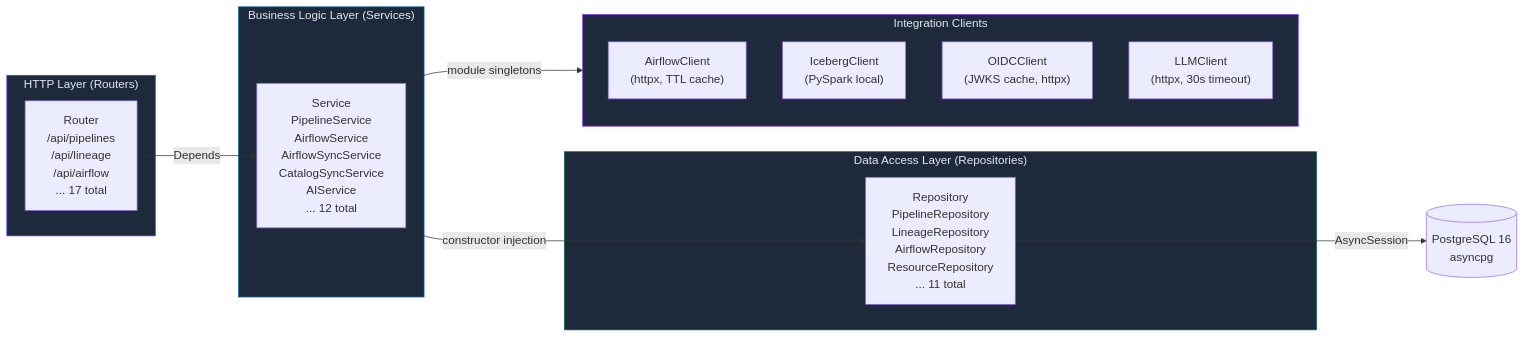
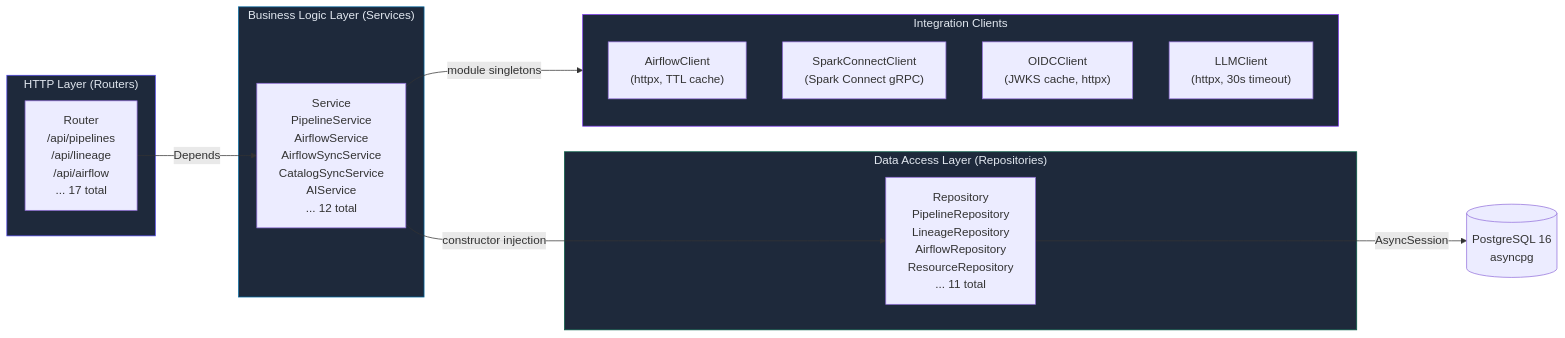
Before and after one commit to harharim55-alt/EtlNexus: the third of 19 diagrams in docs/ARCHITECTURE.md, drawn with Mermaid. The commit also changed other lines of this file and 47 other files, not shown here.

First line of the commit message:
feat: replace Iceberg REST catalog with Spark Connect + 30s Postgres mirror

````diff
--- a/docs/ARCHITECTURE.md
+++ b/docs/ARCHITECTURE.md
@@ -216,33 +218,33 @@
 ```mermaid
 graph LR
     subgraph HTTP["HTTP Layer (Routers)"]
         R["Router<br/>/api/pipelines<br/>/api/lineage<br/>/api/airflow<br/>... 17 total"]
     end
 
     subgraph BL["Business Logic Layer (Services)"]
         S["Service<br/>PipelineService<br/>AirflowService<br/>AirflowSyncService<br/>CatalogSyncService<br/>AIService<br/>... 12 total"]
     end
 
     subgraph DA["Data Access Layer (Repositories)"]
         REPO["Repository<br/>PipelineRepository<br/>LineageRepository<br/>AirflowRepository<br/>ResourceRepository<br/>... 11 total"]
     end
 
     subgraph INT["Integration Clients"]
         AF["AirflowClient<br/>(httpx, TTL cache)"]
-        ICE["IcebergClient<br/>(PySpark local)"]
+        ICE["SparkConnectClient<br/>(Spark Connect gRPC)"]
         OIDC["OIDCClient<br/>(JWKS cache, httpx)"]
         LLM["LLMClient<br/>(httpx, 30s timeout)"]
     end
 
     DB[("PostgreSQL 16<br/>asyncpg")]
 
     R -->|Depends| S
     S -->|constructor injection| REPO
     S -->|module singletons| INT
     REPO -->|AsyncSession| DB
 
     style HTTP fill:#1e293b,stroke:#4f46e5,color:#e2e8f0
     style BL fill:#1e293b,stroke:#0369a1,color:#e2e8f0
     style DA fill:#1e293b,stroke:#065f46,color:#e2e8f0
     style INT fill:#1e293b,stroke:#7c3aed,color:#e2e8f0
 ```
````
